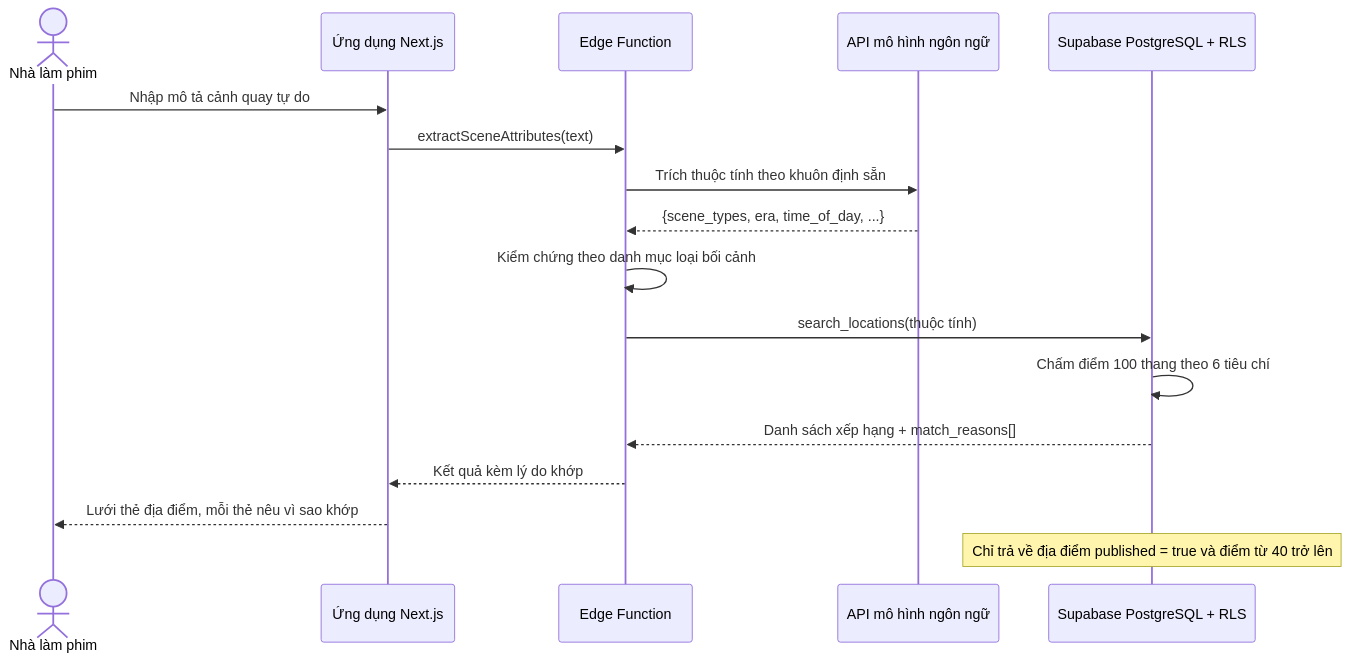
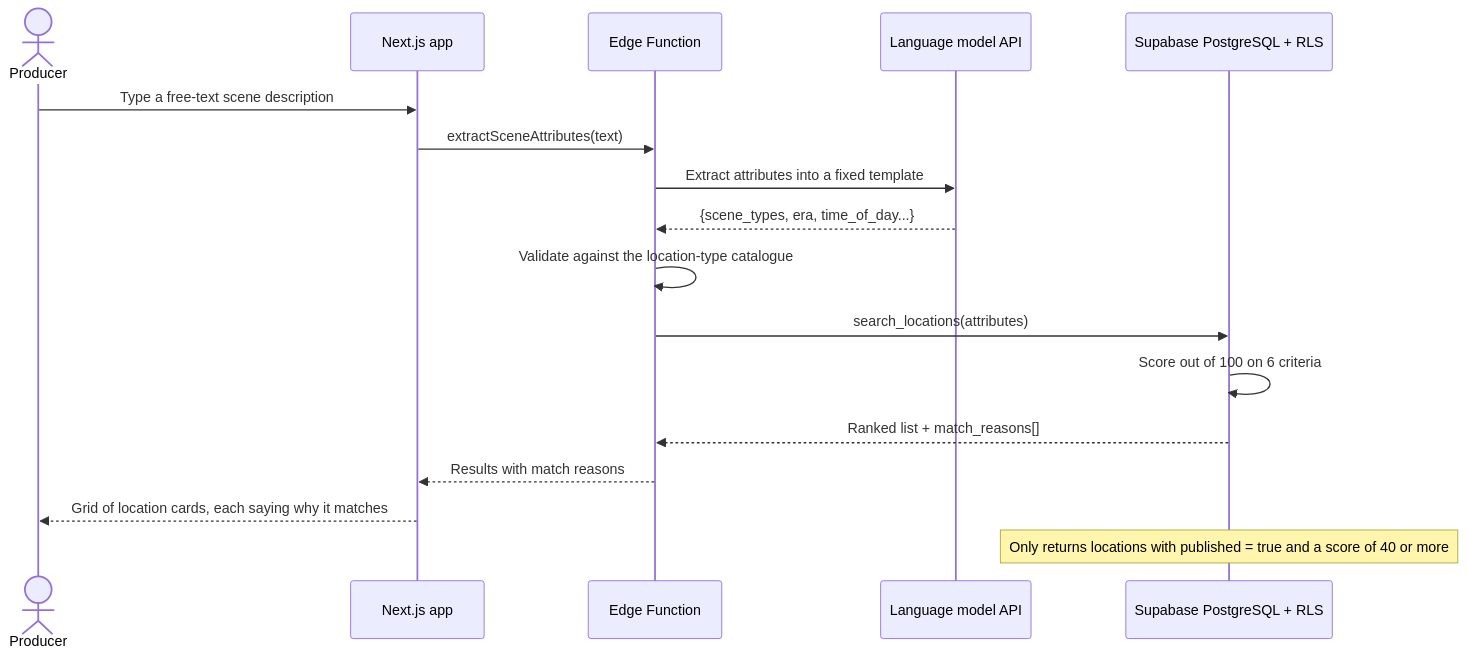
Before and after one commit to namnt2005/CINEMATCH-DBIZ3.TeamC: the third of 12 diagrams in docs/architecture/sequence-diagrams.md, drawn with Mermaid. The commit also changed other lines of this file and 92 other files, not shown here.

````diff
--- a/docs/architecture/sequence-diagrams.md
+++ b/docs/architecture/sequence-diagrams.md
@@ -80,20 +81,20 @@
 ```mermaid
 sequenceDiagram
-    actor U as Nhà làm phim
-    participant FE as Ứng dụng Next.js
+    actor U as Producer
+    participant FE as Next.js app
     participant EF as Edge Function
-    participant AI as API mô hình ngôn ngữ
+    participant AI as Language model API
     participant DB as Supabase PostgreSQL + RLS
 
-    U->>FE: Nhập mô tả cảnh quay tự do
+    U->>FE: Type a free-text scene description
     FE->>EF: extractSceneAttributes(text)
-    EF->>AI: Trích thuộc tính theo khuôn định sẵn
-    AI-->>EF: {scene_types, era, time_of_day, ...}
-    EF->>EF: Kiểm chứng theo danh mục loại bối cảnh
-    EF->>DB: search_locations(thuộc tính)
-    DB->>DB: Chấm điểm 100 thang theo 6 tiêu chí
-    DB-->>EF: Danh sách xếp hạng + match_reasons[]
-    EF-->>FE: Kết quả kèm lý do khớp
-    FE-->>U: Lưới thẻ địa điểm, mỗi thẻ nêu vì sao khớp
-    Note over DB: Chỉ trả về địa điểm published = true và điểm từ 40 trở lên
+    EF->>AI: Extract attributes into a fixed template
+    AI-->>EF: {scene_types, era, time_of_day...}
+    EF->>EF: Validate against the location-type catalogue
+    EF->>DB: search_locations(attributes)
+    DB->>DB: Score out of 100 on 6 criteria
+    DB-->>EF: Ranked list + match_reasons[]
+    EF-->>FE: Results with match reasons
+    FE-->>U: Grid of location cards, each saying why it matches
+    Note over DB: Only returns locations with published = true and a score of 40 or more
 ```
````
